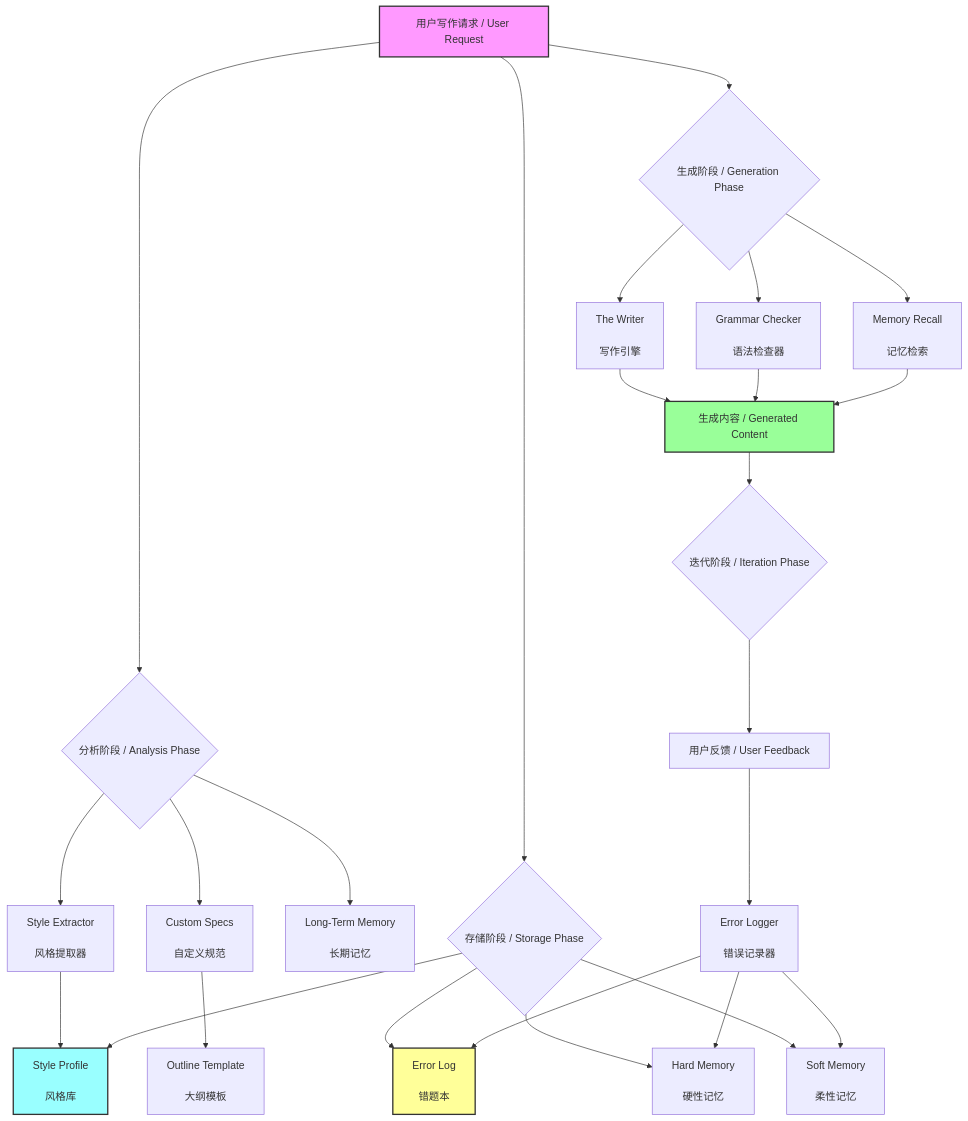
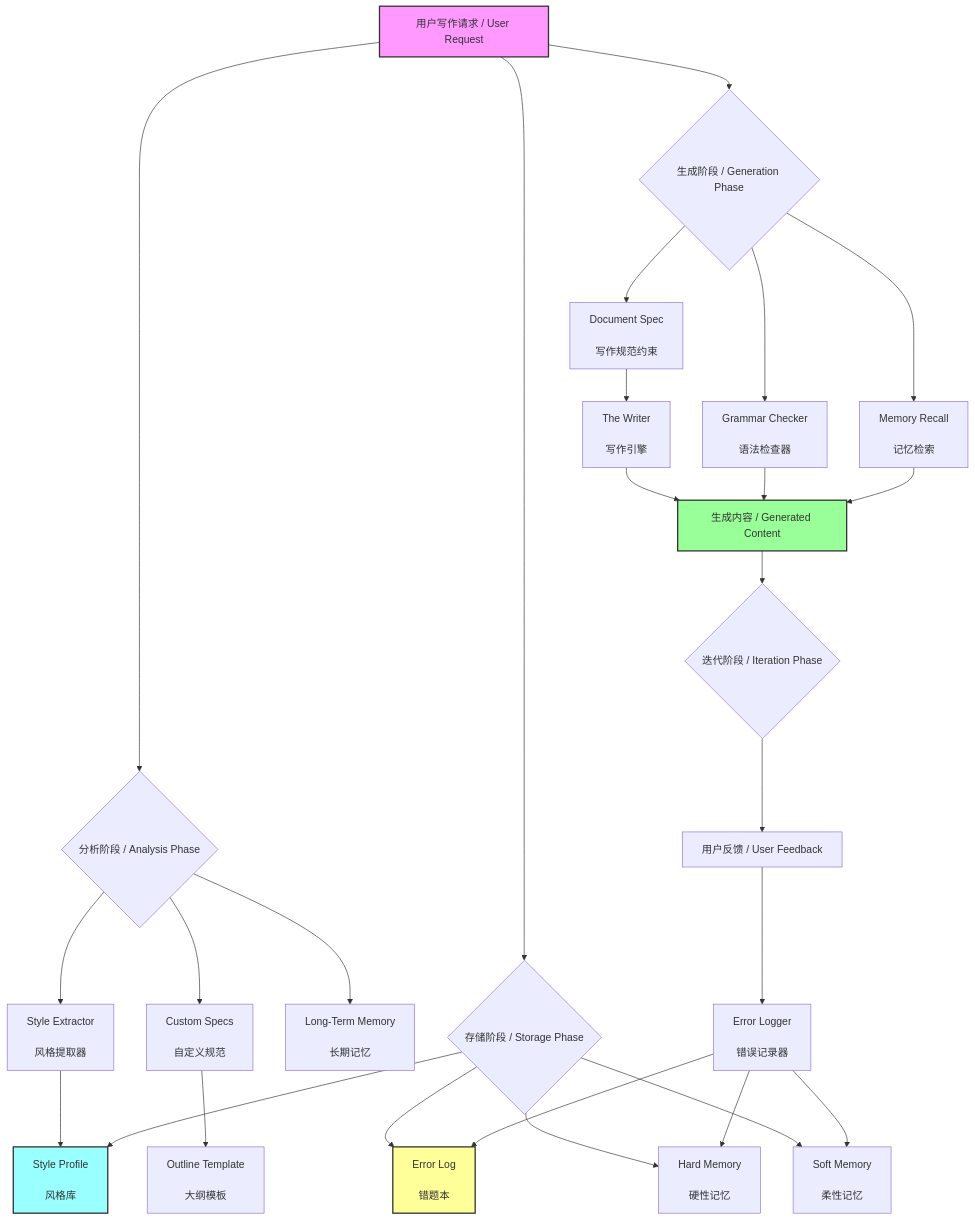
The first of 2 diagrams in README.md (haolinwang1313/Substantive-Editing), drawn with Mermaid before and after one commit. The commit also changed other lines of this file and 8 other files, not shown here.

````diff
--- a/README.md
+++ b/README.md
@@ -316,49 +326,51 @@
 ```mermaid
 graph TD
     A[用户写作请求 / User Request] --> B{分析阶段 / Analysis Phase}
     B --> C[Style Extractor
     <br />风格提取器]
     B --> D[Custom Specs
     <br />自定义规范]
     B --> P[Long-Term Memory
     <br />长期记忆]
     
     C --> E[Style Profile
     <br />风格库]
     D --> F[Outline Template
     <br />大纲模板]
     
     A --> G{存储阶段 / Storage Phase}
     G --> E
     G --> H[Error Log
     <br />错题本]
     G --> Q[Hard Memory
     <br />硬性记忆]
     G --> R[Soft Memory
     <br />柔性记忆]
     
     A --> I{生成阶段 / Generation Phase}
-    I --> J[The Writer
+    I --> DS[Document Spec
+    <br />写作规范约束]
+    DS --> J[The Writer
     <br />写作引擎]
     I --> K[Grammar Checker
     <br />语法检查器]
     I --> S[Memory Recall
     <br />记忆检索]
     
     J --> L[生成内容 / Generated Content]
     K --> L
     S --> L
     
     L --> M{迭代阶段 / Iteration Phase}
     M --> N[用户反馈 / User Feedback]
     N --> O[Error Logger
     <br />错误记录器]
     O --> H
     O --> Q
     O --> R
     
     style A fill:#f9f,stroke:#333,stroke-width:2px
     style L fill:#9f9,stroke:#333,stroke-width:2px
     style H fill:#ff9,stroke:#333,stroke-width:2px
     style E fill:#9ff,stroke:#333,stroke-width:2px
 ```
````
